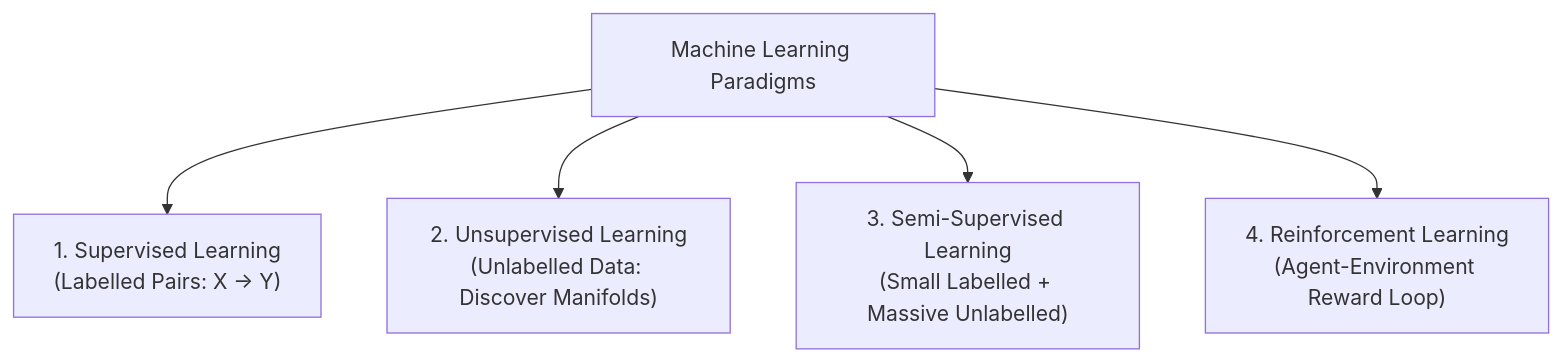
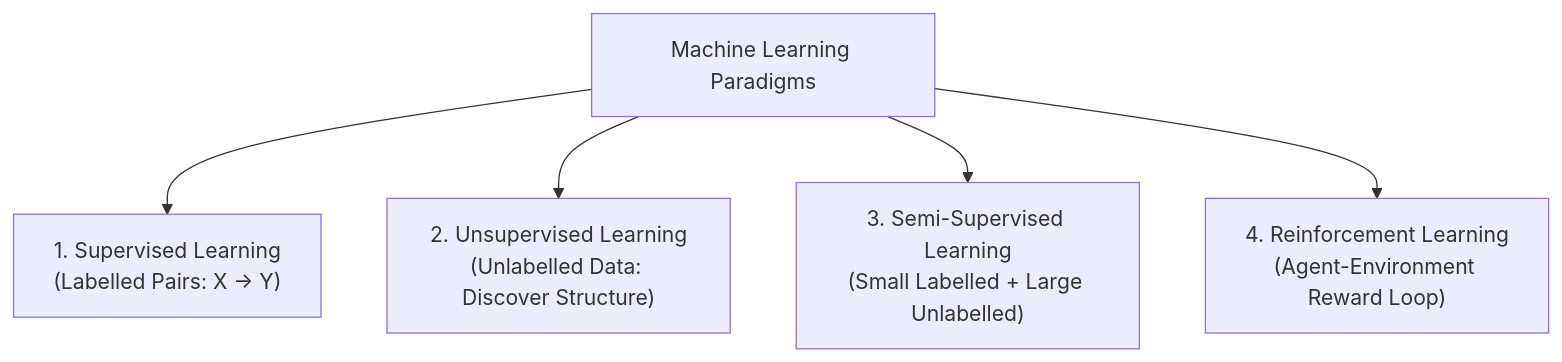
Before and after one commit to vettrivel-kl/vettrivel-kl.github.io: the first of 6 diagrams in docs/Exam-Prep/Machine-Learning/University-Question-Bank/02-part-b-questions.mdx, drawn with Mermaid. The commit also changed other lines of this file and 1 other file, not shown here.

````diff
--- a/docs/Exam-Prep/Machine-Learning/University-Question-Bank/02-part-b-questions.mdx
+++ b/docs/Exam-Prep/Machine-Learning/University-Question-Bank/02-part-b-questions.mdx
@@ -33,7 +33,7 @@
 ```mermaid
 flowchart TD
     ML["Machine Learning Paradigms"] --> SUP["1. Supervised Learning<br/>(Labelled Pairs: X -> Y)"]
-    ML --> UNSUP["2. Unsupervised Learning<br/>(Unlabelled Data: Discover Manifolds)"]
-    ML --> SEMI["3. Semi-Supervised Learning<br/>(Small Labelled + Massive Unlabelled)"]
+    ML --> UNSUP["2. Unsupervised Learning<br/>(Unlabelled Data: Discover Structure)"]
+    ML --> SEMI["3. Semi-Supervised Learning<br/>(Small Labelled + Large Unlabelled)"]
     ML --> RL["4. Reinforcement Learning<br/>(Agent-Environment Reward Loop)"]
 ```
````
